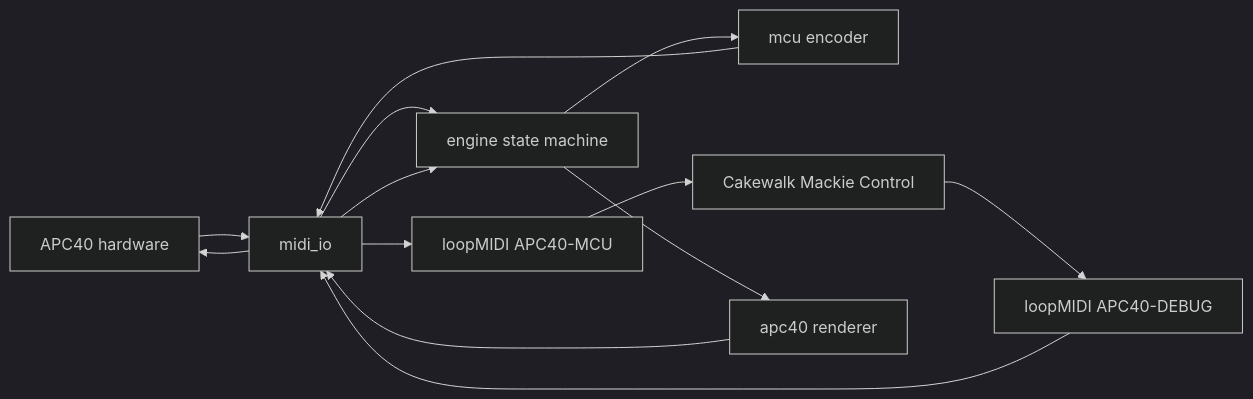
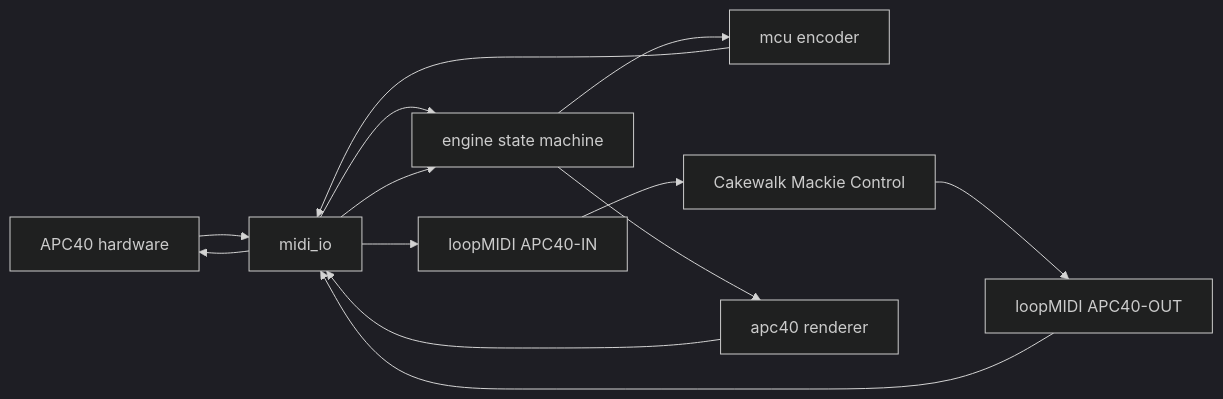
Before and after one commit to points-unknown/apc40-sonar-python: the diagram in plans/apc40-sonar-python-plan.md, drawn with Mermaid (dark theme). The commit also changed other lines of this file and 18 other files, not shown here.

Commit message:
Basic fixes and APC40-IN and APC40-OUT port defaults

````diff
--- a/plans/apc40-sonar-python-plan.md
+++ b/plans/apc40-sonar-python-plan.md
@@ -32,15 +32,15 @@
 ```mermaid
 flowchart LR
   APC[APC40 hardware] --> IO[midi_io]
   IO --> ENG[engine state machine]
   ENG --> MCUOUT[mcu encoder]
   MCUOUT --> IO
-  IO --> MCU[loopMIDI APC40-MCU]
+  IO --> MCU[loopMIDI APC40-IN]
   MCU --> CW[Cakewalk Mackie Control]
-  CW --> FB[loopMIDI APC40-DEBUG]
+  CW --> FB[loopMIDI APC40-OUT]
   FB --> IO
   IO --> ENG
   ENG --> APCOUT[apc40 renderer]
   APCOUT --> IO
   IO --> APC
 ```
````
